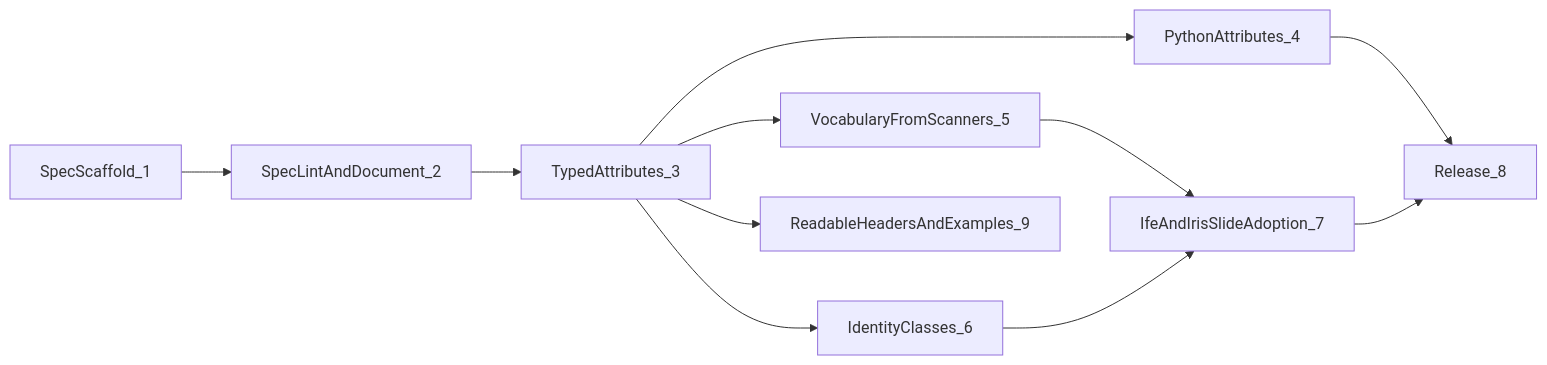
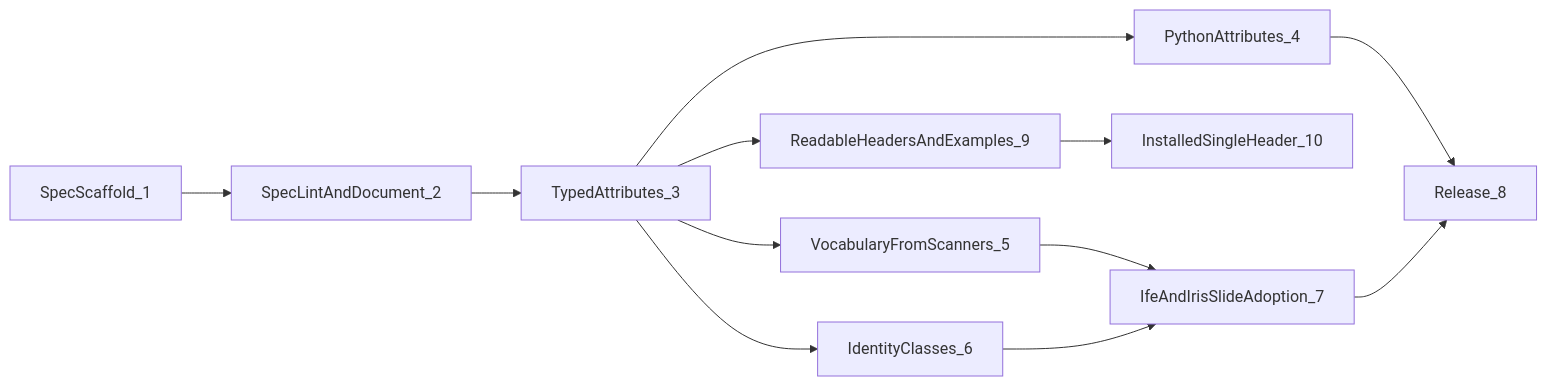
One commit to Aptix-Bio/Iris-Interoperability-Specification changed the diagram in development/WBS.md. Above: the diagram before and after it, drawn with Mermaid. The commit also changed other lines of this file and 31 other files, not shown here.

First line of the commit message:
InstalledSingleHeader_10: one installed I2S.hpp, keys first with full documentation, I2S_IMPLEMENTATION

````diff
--- a/development/WBS.md
+++ b/development/WBS.md
@@ -30,13 +30,14 @@
 ```mermaid
 flowchart LR
     S1["SpecScaffold_1"] --> S2["SpecLintAndDocument_2"]
     S2 --> S3["TypedAttributes_3"]
     S3 --> S4["PythonAttributes_4"]
     S3 --> S5["VocabularyFromScanners_5"]
     S3 --> S6["IdentityClasses_6"]
     S3 --> S9["ReadableHeadersAndExamples_9"]
+    S9 --> S10["InstalledSingleHeader_10"]
     S5 --> S7["IfeAndIrisSlideAdoption_7"]
     S6 --> S7
     S4 --> S8["Release_8"]
     S7 --> S8
 ```
````
